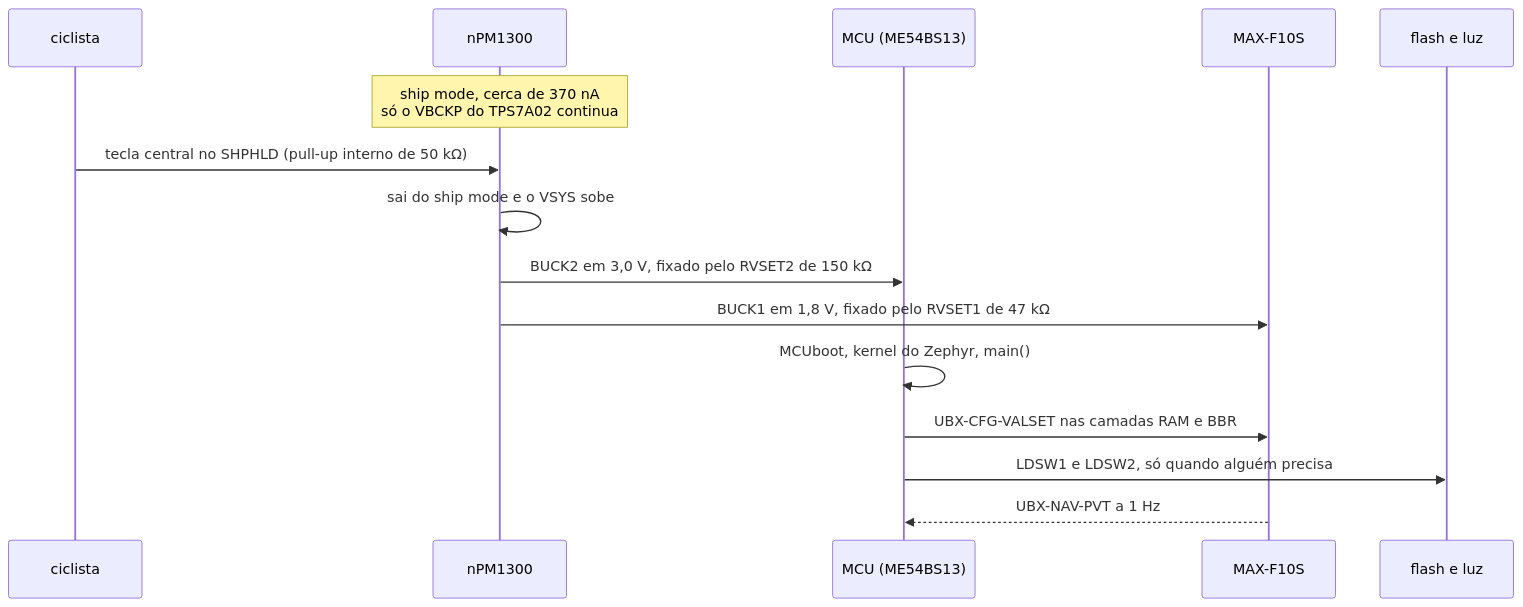
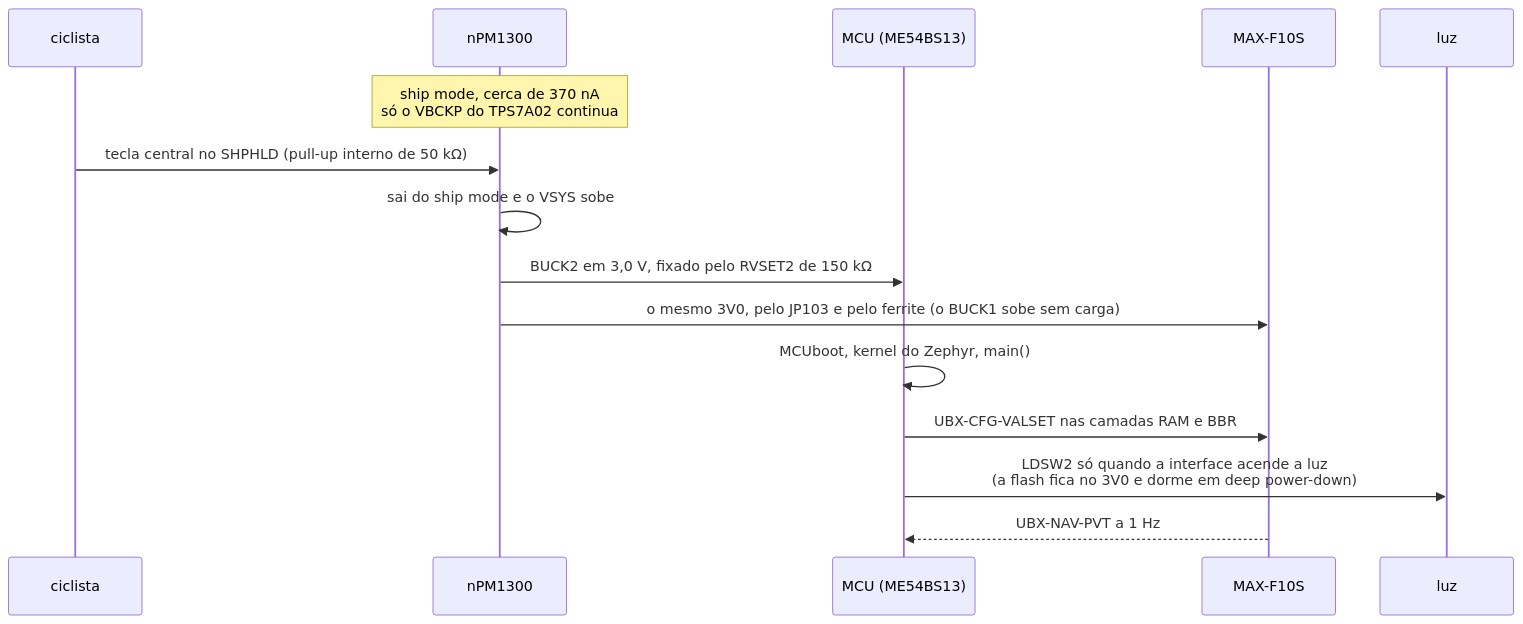
One commit to Guiimartinho/gnss-bike-computer changed the first of 4 diagrams in hardware_gnssbike/07-sequencias-e-protecao.md. Above: the diagram before and after it, drawn with Mermaid. The commit also changed other lines of this file and 63 other files, not shown here.

````diff
--- a/hardware_gnssbike/07-sequencias-e-protecao.md
+++ b/hardware_gnssbike/07-sequencias-e-protecao.md
@@ -21,17 +21,17 @@
 ```mermaid
 sequenceDiagram
     participant C as ciclista
     participant P as nPM1300
     participant M as MCU (ME54BS13)
     participant G as MAX-F10S
-    participant F as flash e luz
+    participant F as luz
     Note over P: ship mode, cerca de 370 nA<br/>só o VBCKP do TPS7A02 continua
     C->>P: tecla central no SHPHLD (pull-up interno de 50 kΩ)
     P->>P: sai do ship mode e o VSYS sobe
     P->>M: BUCK2 em 3,0 V, fixado pelo RVSET2 de 150 kΩ
-    P->>G: BUCK1 em 1,8 V, fixado pelo RVSET1 de 47 kΩ
+    P->>G: o mesmo 3V0, pelo JP103 e pelo ferrite (o BUCK1 sobe sem carga)
     M->>M: MCUboot, kernel do Zephyr, main()
     M->>G: UBX-CFG-VALSET nas camadas RAM e BBR
-    M->>F: LDSW1 e LDSW2, só quando alguém precisa
+    M->>F: LDSW2 só quando a interface acende a luz<br/>(a flash fica no 3V0 e dorme em deep power-down)
     G-->>M: UBX-NAV-PVT a 1 Hz
 ```
````
